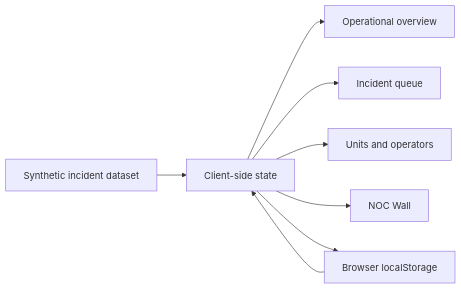
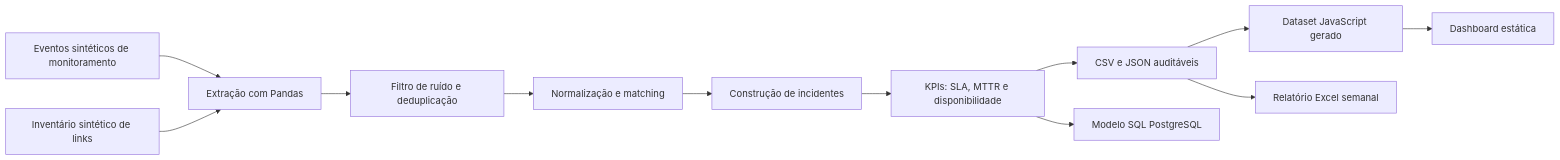
One commit to CelsoKaiqueSil/coreops-noc-dashboard changed the diagram in docs/ARCHITECTURE.md. Above: the diagram before and after it, drawn with Mermaid. The commit also changed other lines of this file and 24 other files, not shown here.

````diff
--- a/docs/ARCHITECTURE.md
+++ b/docs/ARCHITECTURE.md
@@ -6,10 +6,14 @@
 ```mermaid
 flowchart LR
-    A["Synthetic incident dataset"] --> B["Client-side state"]
-    B --> C["Operational overview"]
-    B --> D["Incident queue"]
-    B --> E["Units and operators"]
-    B --> F["NOC Wall"]
-    G["Browser localStorage"] --> B
-    B --> G
+    A["Eventos sintéticos de monitoramento"] --> B["Extração com Pandas"]
+    C["Inventário sintético de links"] --> B
+    B --> D["Filtro de ruído e deduplicação"]
+    D --> E["Normalização e matching"]
+    E --> F["Construção de incidentes"]
+    F --> G["KPIs: SLA, MTTR e disponibilidade"]
+    G --> H["CSV e JSON auditáveis"]
+    G --> I["Modelo SQL PostgreSQL"]
+    H --> J["Dataset JavaScript gerado"]
+    J --> K["Dashboard estática"]
+    H --> L["Relatório Excel semanal"]
 ```
````
